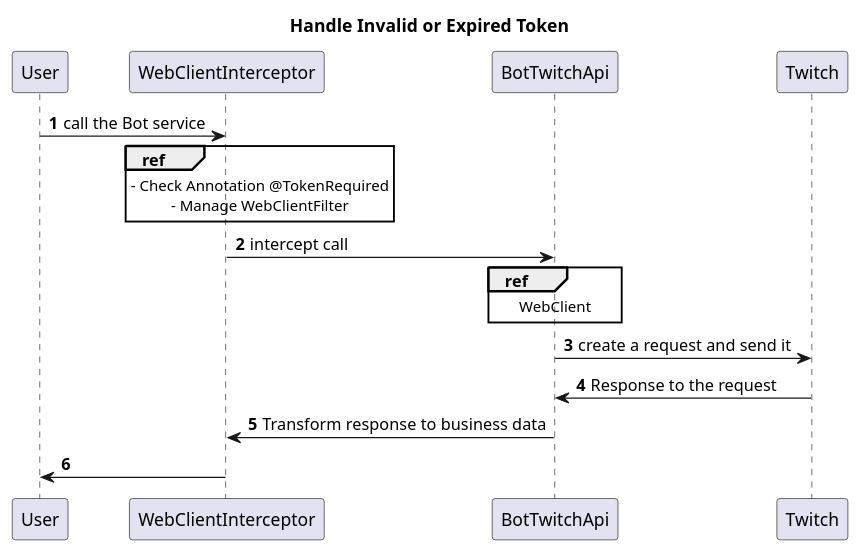
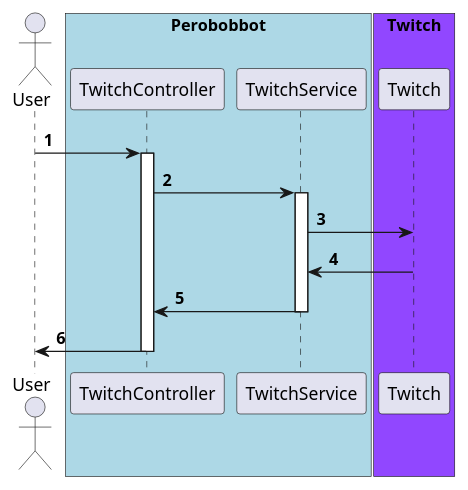
The diagram in _doc/twitch-api/oauth_header.puml (Perococco/perobobbot), drawn with PlantUML before and after one commit. The commit also changed 1 other file, not shown here.

```diff
--- a/_doc/twitch-api/oauth_header.puml
+++ b/_doc/twitch-api/oauth_header.puml
@@ -1,26 +1,32 @@
 @startuml
 'https://plantuml.com/sequence-diagram
 
-title Handle Invalid or Expired Token
 
 autonumber
 
+actor User
 
-User -> WebClientInterceptor : call the Bot service
+box "Perobobbot" #LightBlue
+participant TwitchController
+participant TwitchService
+end box
 
-ref over WebClientInterceptor
-    - Check Annotation @TokenRequired
-    - Manage WebClientFilter
-end ref
+box "Twitch" #9147FF
+participant Twitch
+end box
 
-WebClientInterceptor -> BotTwitchApi : intercept call
-ref over BotTwitchApi
-  WebClient
-end ref
+User -> TwitchController
+activate TwitchController
 
-BotTwitchApi -> Twitch : create a request and send it
-Twitch -> BotTwitchApi : Response to the request
-BotTwitchApi -> WebClientInterceptor : Transform response to business data
+TwitchController -> TwitchService
+Activate TwitchService
 
-WebClientInterceptor -> User :
+TwitchService -> Twitch
+Twitch -> TwitchService
+
+TwitchService -> TwitchController
+Deactivate TwitchService
+
+TwitchController -> User
+Deactivate TwitchController
 @enduml
```
